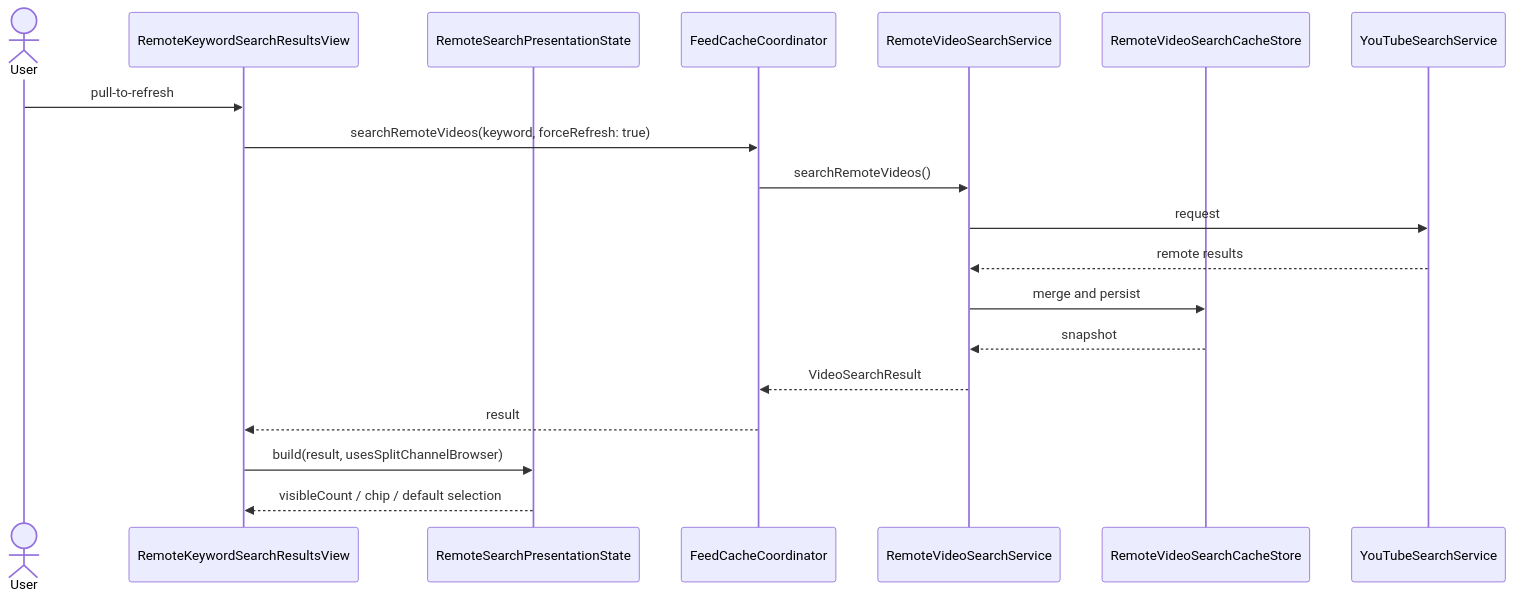
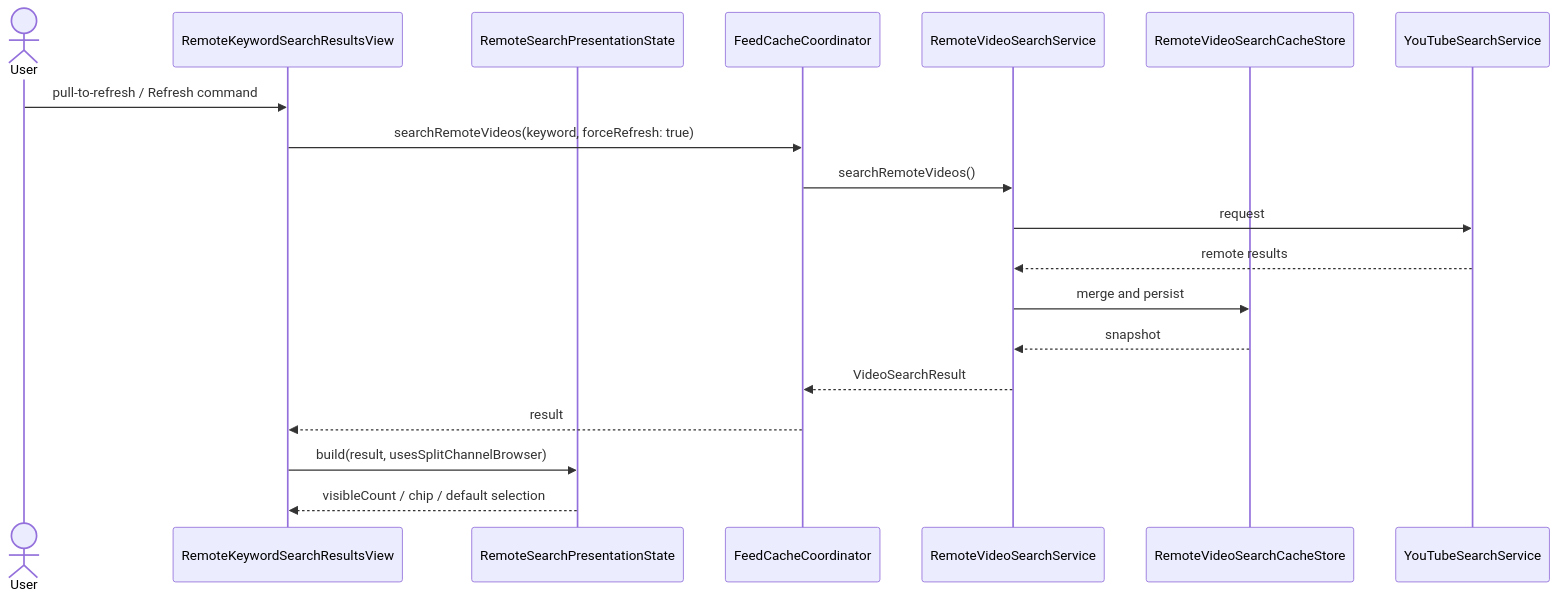
The fourth of 4 diagrams in docs/human-view/design-overview.md (horikuma/YoutubeFeeder), drawn with Mermaid before and after one commit. The commit also changed other lines of this file and 2 other files, not shown here.

````diff
--- a/docs/human-view/design-overview.md
+++ b/docs/human-view/design-overview.md
@@ -138,22 +138,22 @@
 ```mermaid
 sequenceDiagram
     actor User
     participant View as RemoteKeywordSearchResultsView
     participant State as RemoteSearchPresentationState
     participant Coord as FeedCacheCoordinator
     participant Search as RemoteVideoSearchService
     participant Cache as RemoteVideoSearchCacheStore
     participant API as YouTubeSearchService
 
-    User->>View: pull-to-refresh
+    User->>View: pull-to-refresh / Refresh command
     View->>Coord: searchRemoteVideos(keyword, forceRefresh: true)
     Coord->>Search: searchRemoteVideos()
     Search->>API: request
     API-->>Search: remote results
     Search->>Cache: merge and persist
     Cache-->>Search: snapshot
     Search-->>Coord: VideoSearchResult
     Coord-->>View: result
     View->>State: build(result, usesSplitChannelBrowser)
     State-->>View: visibleCount / chip / default selection
 ```
````
